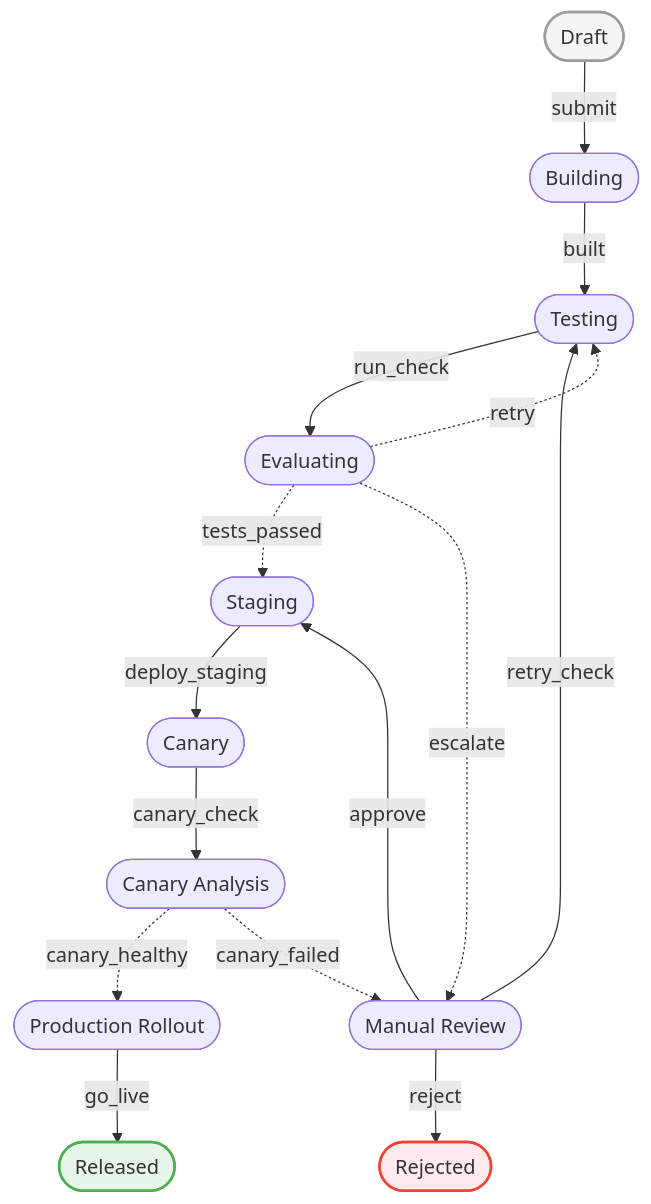
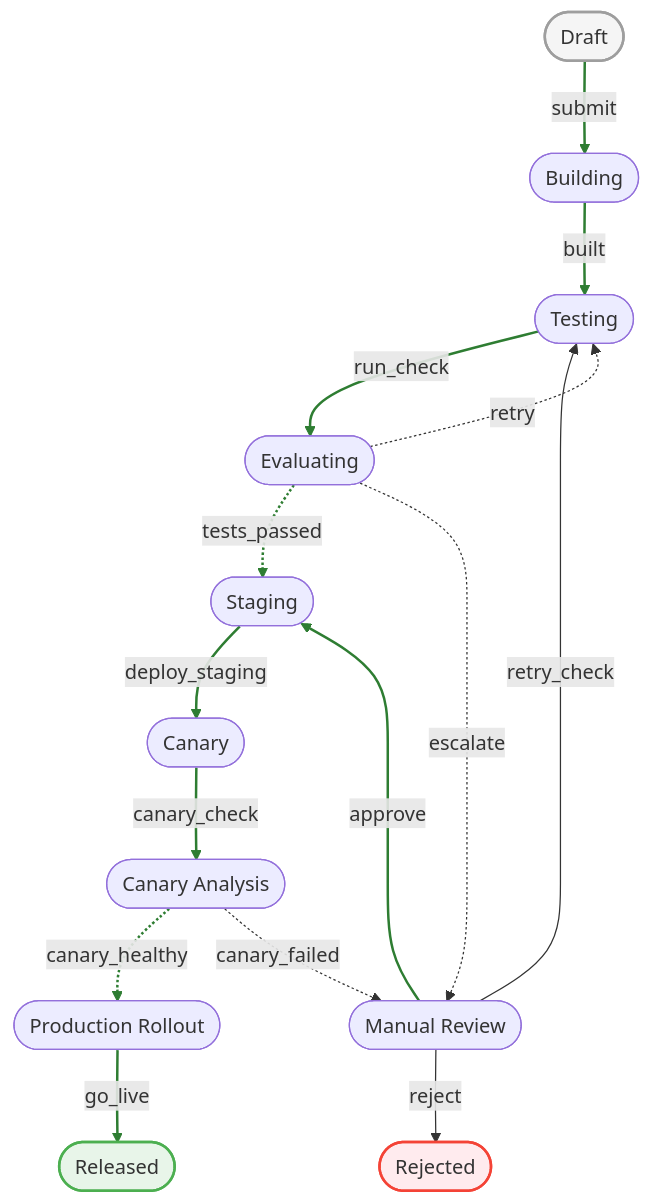
One commit to dereuromark/cakephp-workflow-demo changed the diagram in README.md. Above: the diagram before and after it, drawn with Mermaid. The commit also changed other lines of this file and 3 other files, not shown here.

````diff
--- a/README.md
+++ b/README.md
@@ -49,34 +49,35 @@
 ```mermaid
 flowchart TD
     draft([Draft])
     building([Building])
     testing([Testing])
     evaluating([Evaluating])
     manual_review([Manual Review])
     staging([Staging])
     canary([Canary])
     canary_eval([Canary Analysis])
     production([Production Rollout])
     released([Released])
     rejected([Rejected])
     draft -->|submit| building
     building -->|built| testing
     testing -->|run_check| evaluating
     evaluating -.->|tests_passed| staging
     evaluating -.->|retry| testing
     evaluating -.->|escalate| manual_review
     manual_review -->|retry_check| testing
     manual_review -->|approve| staging
     manual_review -->|reject| rejected
     staging -->|deploy_staging| canary
     canary -->|canary_check| canary_eval
     canary_eval -.->|canary_healthy| production
     canary_eval -.->|canary_failed| manual_review
     production -->|go_live| released
     classDef initial fill:#f5f5f5,stroke:#9e9e9e,stroke-width:2px
     classDef final fill:#e8f5e9,stroke:#4caf50,stroke-width:2px
     classDef failed fill:#ffebee,stroke:#f44336,stroke-width:2px
     class draft initial
     class released final
     class rejected failed
+    linkStyle 0,1,2,3,7,9,10,11,13 stroke:#2e7d32,stroke-width:2px
 ```
````
